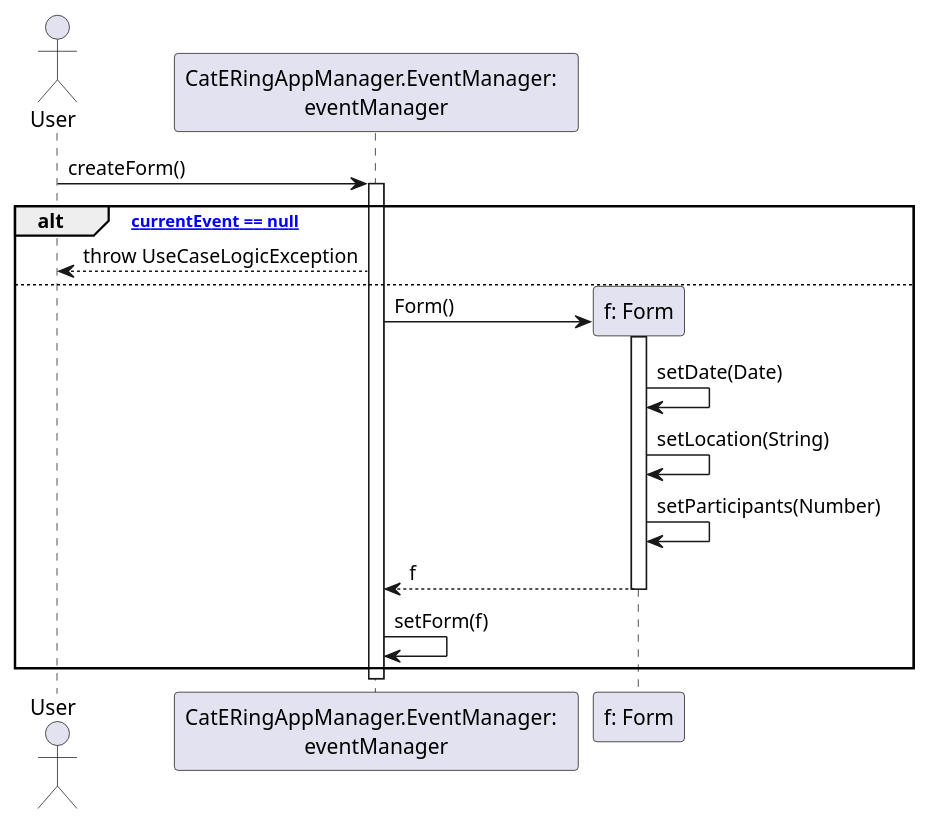
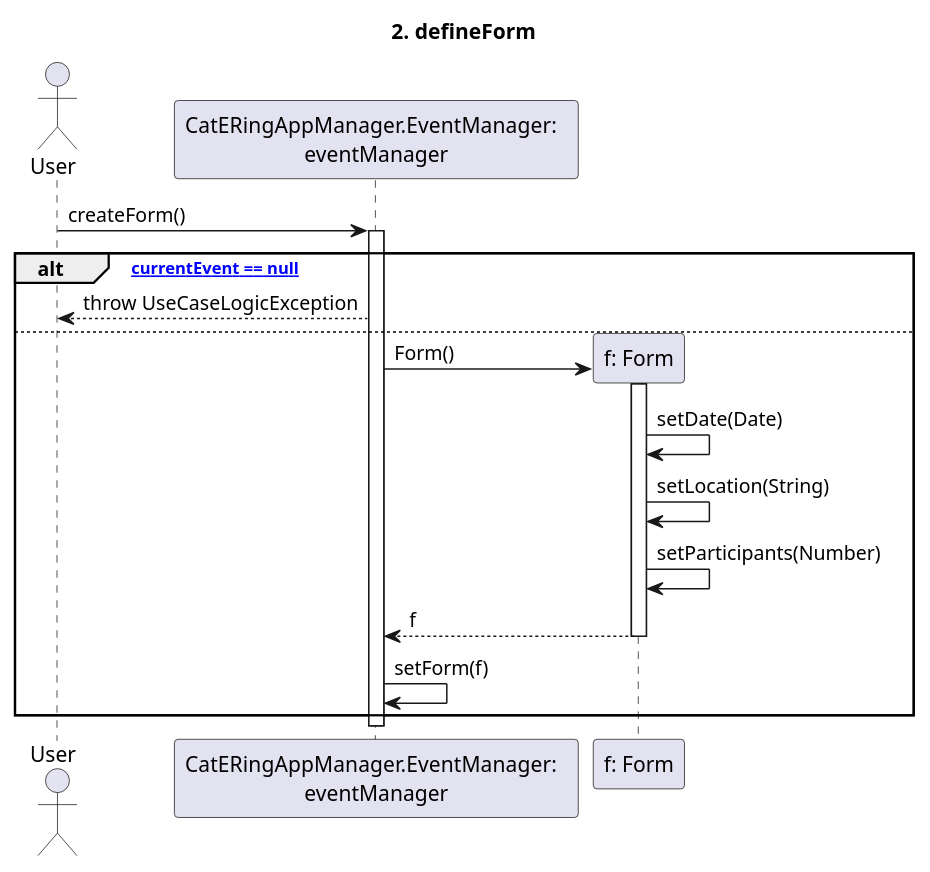
Before and after one commit to m0canu1/sas: the diagram in dsd/dsd-eventi/scenarioPrincipale/2-defineForm.md, drawn with PlantUML. The commit also changed 13 other files, not shown here.

````diff
--- a/dsd/dsd-eventi/scenarioPrincipale/2-defineForm.md
+++ b/dsd/dsd-eventi/scenarioPrincipale/2-defineForm.md
@@ -1,33 +1,36 @@
 ```plantuml
+
+title: 2. defineForm
+
 Actor User
 Participant "CatERingAppManager.EventManager:  \neventManager" as EM
 
 User -> EM: createForm()
 Activate EM
 alt ["currentEvent == null"]
     EM --> User: throw UseCaseLogicException
 else
     create "f: Form"
     EM -> "f: Form": Form()
     Activate "f: Form"
 
     "f: Form" -> "f: Form": setDate(Date)
     "f: Form" -> "f: Form": setLocation(String)
     "f: Form" -> "f: Form": setParticipants(Number)
 
     "f: Form" --> EM: f
     Deactivate "f: Form"
     EM -> EM: setForm(f)
 end
 Deactivate EM
 
 
 
 
 
 
 
 
 
 
 ```
````
